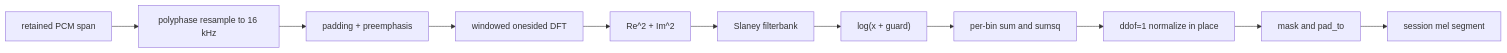
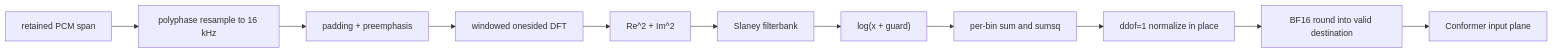
One commit to SolaceHarmony/emberharmony changed the diagram in specs/11-kcoro-native-migration/05-native-mel-frontend.md. Above: the diagram before and after it, drawn with Mermaid. The commit also changed other lines of this file and 73 other files, not shown here.

````diff
--- a/specs/11-kcoro-native-migration/05-native-mel-frontend.md
+++ b/specs/11-kcoro-native-migration/05-native-mel-frontend.md
@@ -107,13 +108,13 @@
 ```mermaid
 flowchart LR
     PCM["retained PCM span"] --> RS["polyphase resample to 16 kHz"]
     RS --> PRE["padding + preemphasis"]
     PRE --> DFT["windowed onesided DFT"]
     DFT --> POW["Re^2 + Im^2"]
     POW --> MEL["Slaney filterbank"]
     MEL --> LOG["log(x + guard)"]
     LOG --> STAT["per-bin sum and sumsq"]
     STAT --> NORM["ddof=1 normalize in place"]
-    NORM --> PAD["mask and pad_to"]
-    PAD --> OUT["session mel segment"]
+    NORM --> CAST["BF16 round into valid destination"]
+    CAST --> OUT["Conformer input plane"]
 ```
````
